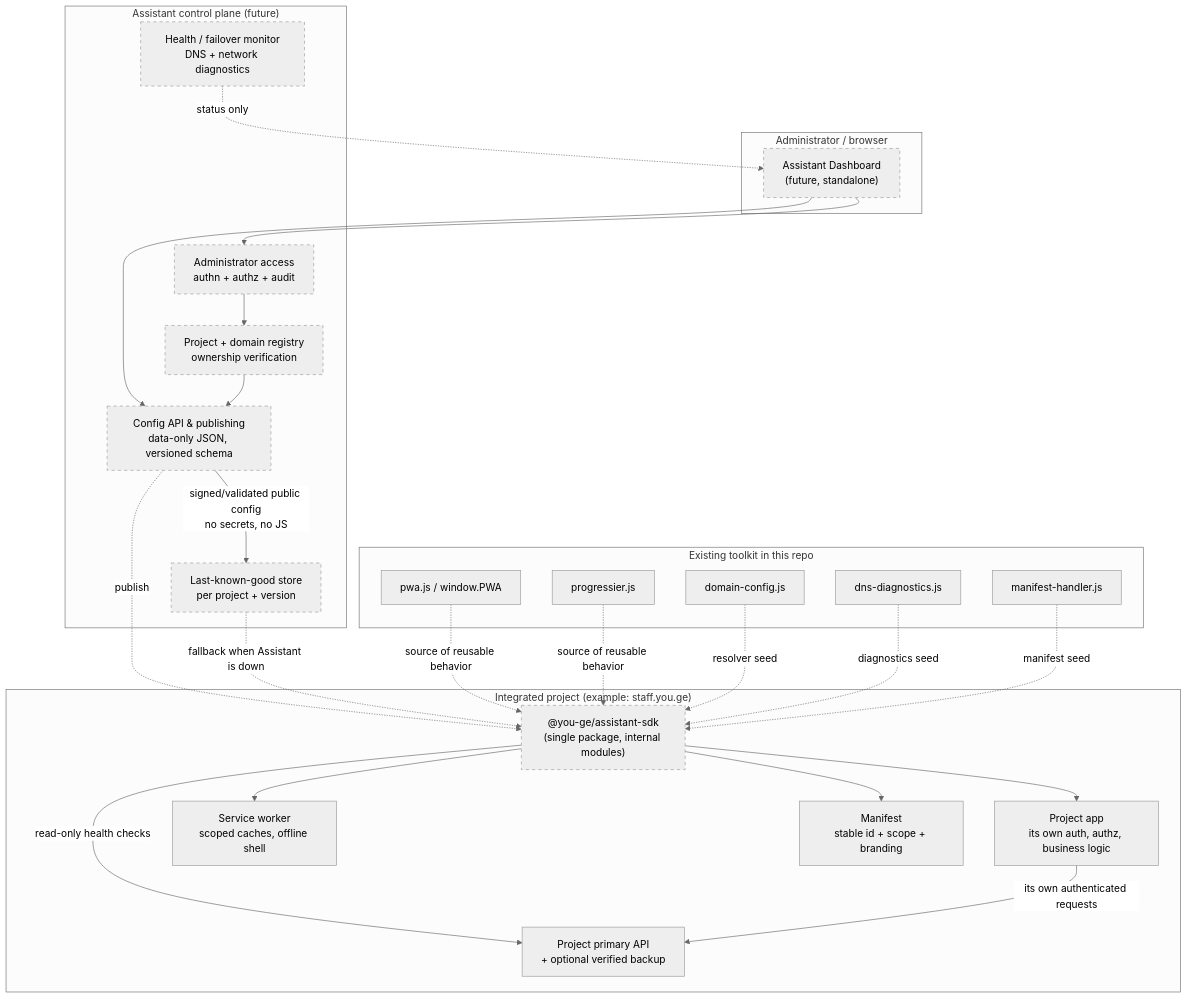
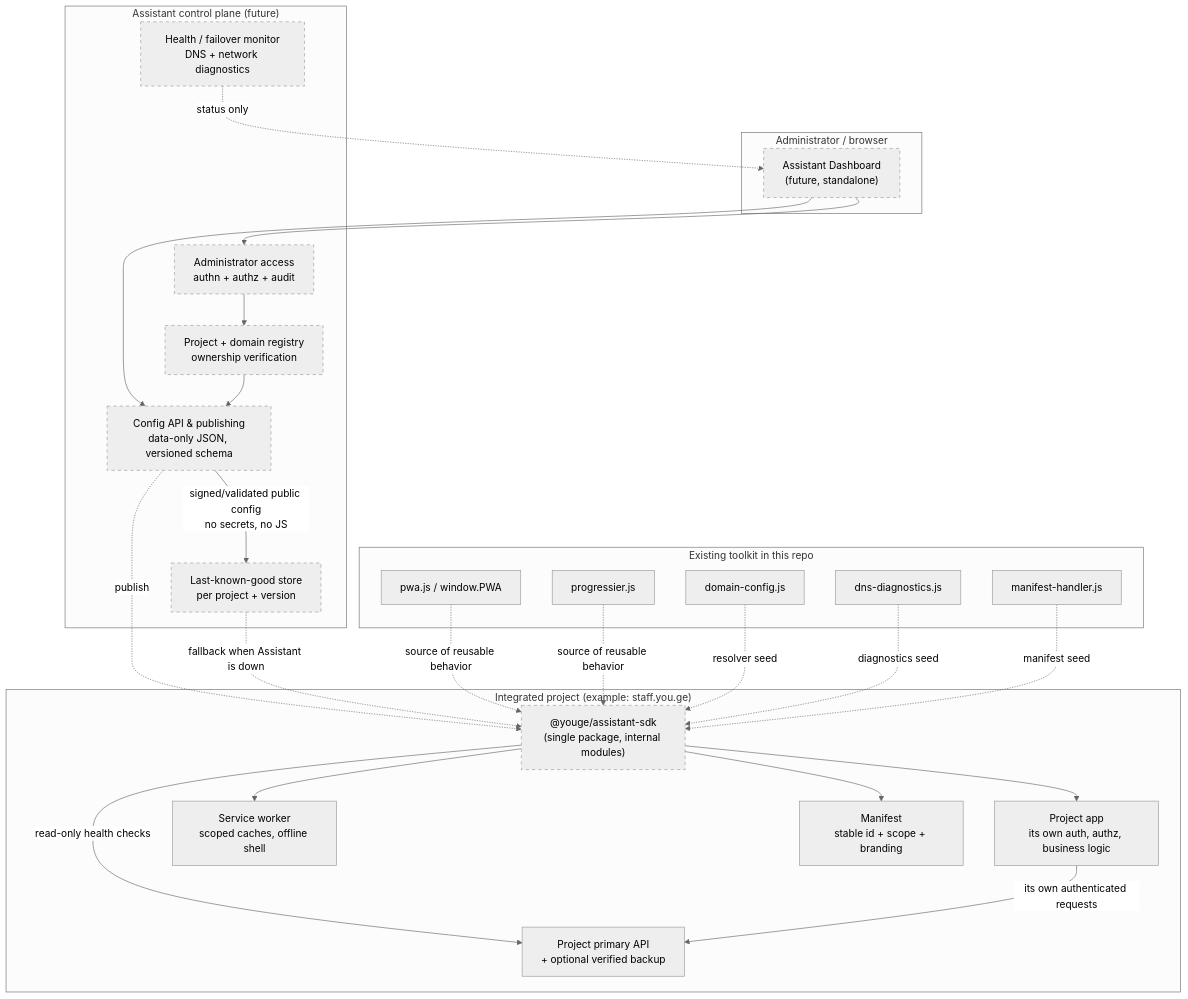
Before and after one commit to sandro-defender/PWA-Helper: the diagram in ASSISTANT_ARCHITECTURE.md, drawn with Mermaid (neutral theme). The commit also changed other lines of this file and 32 other files, not shown here.

````diff
--- a/ASSISTANT_ARCHITECTURE.md
+++ b/ASSISTANT_ARCHITECTURE.md
@@ -56,51 +56,51 @@
 ```mermaid
 flowchart TB
   subgraph ADMIN["Administrator / browser"]
     ADM["Assistant Dashboard<br/>(future, standalone)"]
   end
 
   subgraph CONTROL["Assistant control plane (future)"]
     API["Config API & publishing<br/>data-only JSON, versioned schema"]
     REG["Project + domain registry<br/>ownership verification"]
     HEALTH["Health / failover monitor<br/>DNS + network diagnostics"]
     AUTH["Administrator access<br/>authn + authz + audit"]
     LKG["Last-known-good store<br/>per project + version"]
   end
 
   subgraph PROJECT["Integrated project (example: staff.you.ge)"]
     APP["Project app<br/>its own auth, authz, business logic"]
-    SDK["@you-ge/assistant-sdk<br/>(single package, internal modules)"]
+    SDK["@youge/assistant-sdk<br/>(single package, internal modules)"]
     SW["Service worker<br/>scoped caches, offline shell"]
     MANIFEST["Manifest<br/>stable id + scope + branding"]
     PROJAPI["Project primary API<br/>+ optional verified backup"]
   end
 
   subgraph RUNTIME["Existing toolkit in this repo"]
     PWA["pwa.js / window.PWA"]
     WORKER["progressier.js"]
     DOMAIN["domain-config.js"]
     DNS["dns-diagnostics.js"]
     MH["manifest-handler.js"]
   end
 
   ADM --> AUTH --> REG
   ADM --> API
   REG --> API
   API -->|"signed/validated public config<br/>no secrets, no JS"| LKG
   API -.->|"publish"| SDK
   LKG -.->|"fallback when Assistant is down"| SDK
   HEALTH -.->|"status only"| ADM
   SDK --> APP
   SDK --> SW
   SDK --> MANIFEST
   SDK -->|"read-only health checks"| PROJAPI
   APP -->|"its own authenticated requests"| PROJAPI
   PWA -.->|"source of reusable behavior"| SDK
   WORKER -.->|"source of reusable behavior"| SDK
   DOMAIN -.->|"resolver seed"| SDK
   DNS -.->|"diagnostics seed"| SDK
   MH -.->|"manifest seed"| SDK
 
   classDef future stroke-dasharray: 5 5;
   class ADM,API,REG,HEALTH,AUTH,LKG,SDK future;
 ```
````
